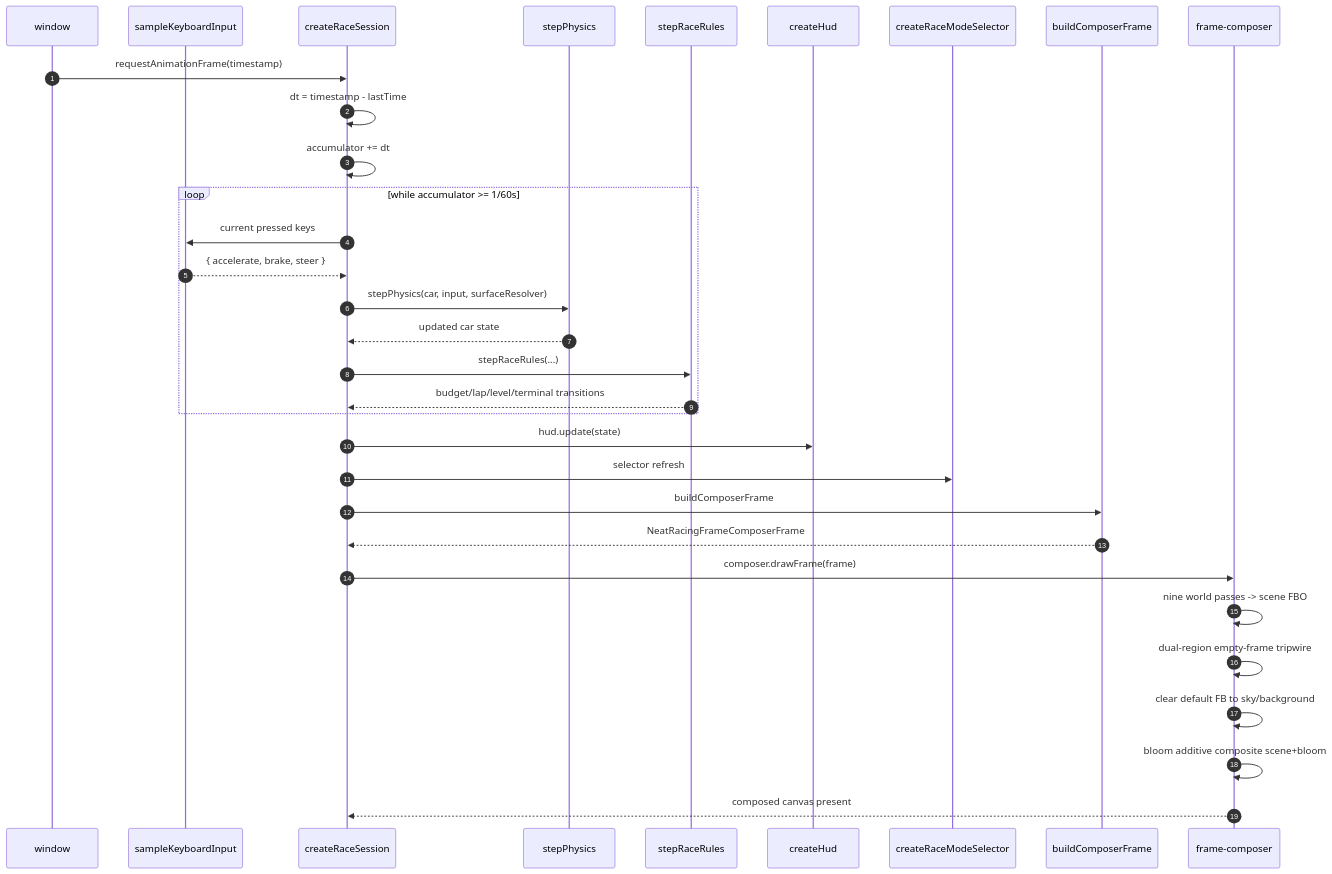
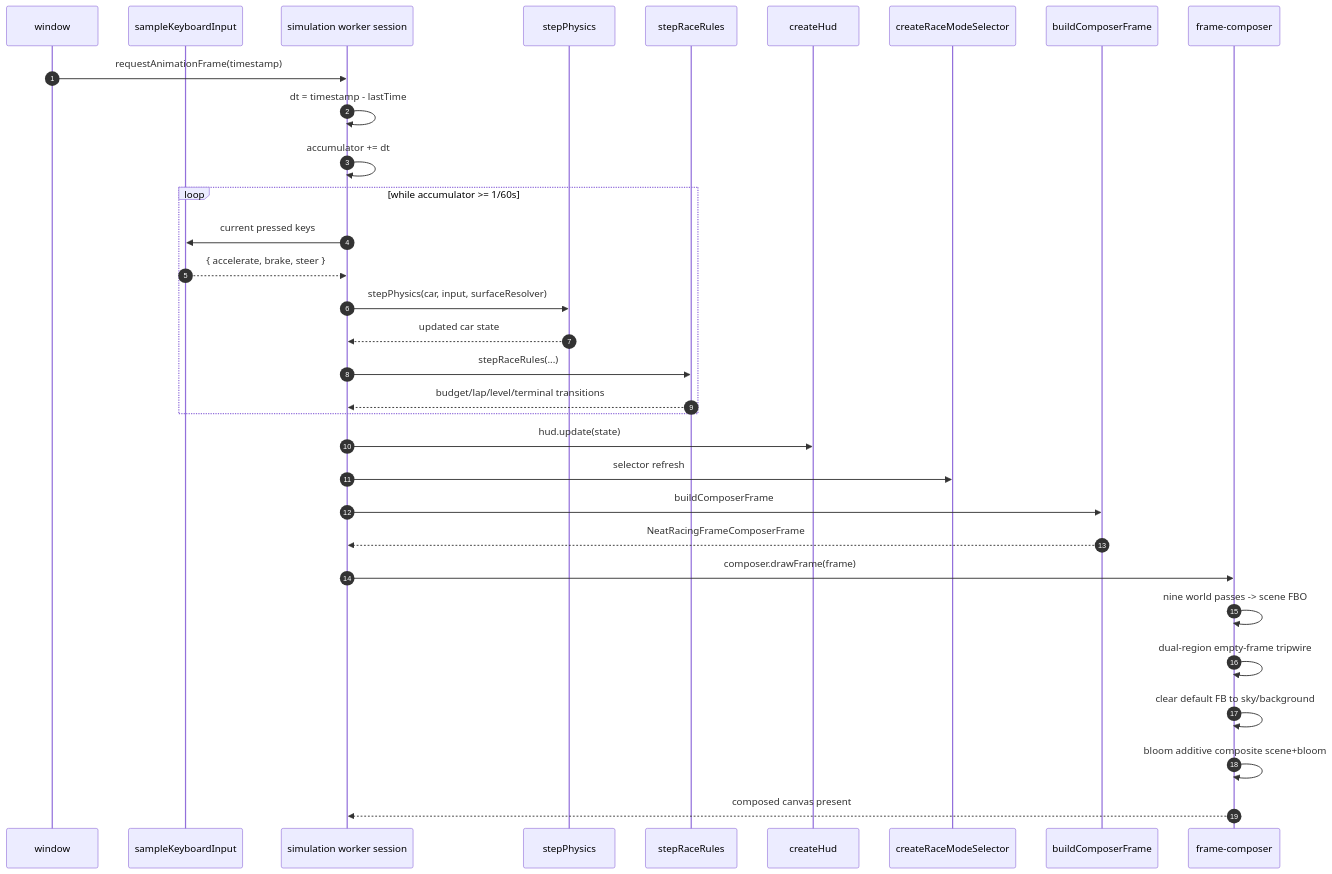
One commit to reicek/NeatapticTS changed the second of 2 diagrams in examples/neatRacing/browser-entry.specs.md. Above: the diagram before and after it, drawn with Mermaid. The commit also changed 73 other files, not shown here.

````diff
--- a/examples/neatRacing/browser-entry.specs.md
+++ b/examples/neatRacing/browser-entry.specs.md
@@ -34,35 +34,35 @@
 ```mermaid
 sequenceDiagram
     autonumber
     participant W as window
     participant KB as sampleKeyboardInput
-    participant RS as createRaceSession
+    participant RS as simulation worker session
     participant PHY as stepPhysics
     participant RULES as stepRaceRules
     participant HUD as createHud
     participant MS as createRaceModeSelector
     participant BC as buildComposerFrame
     participant FC as frame-composer
 
     W->>RS: requestAnimationFrame(timestamp)
     RS->>RS: dt = timestamp - lastTime
     RS->>RS: accumulator += dt
     loop while accumulator >= 1/60s
         RS->>KB: current pressed keys
         KB-->>RS: { accelerate, brake, steer }
         RS->>PHY: stepPhysics(car, input, surfaceResolver)
         PHY-->>RS: updated car state
         RS->>RULES: stepRaceRules(...)
         RULES-->>RS: budget/lap/level/terminal transitions
     end
     RS->>HUD: hud.update(state)
     RS->>MS: selector refresh
     RS->>BC: buildComposerFrame
     BC-->>RS: NeatRacingFrameComposerFrame
     RS->>FC: composer.drawFrame(frame)
     FC->>FC: nine world passes -> scene FBO
     FC->>FC: dual-region empty-frame tripwire
     FC->>FC: clear default FB to sky/background
     FC->>FC: bloom additive composite scene+bloom
     FC-->>RS: composed canvas present
 ```
````
